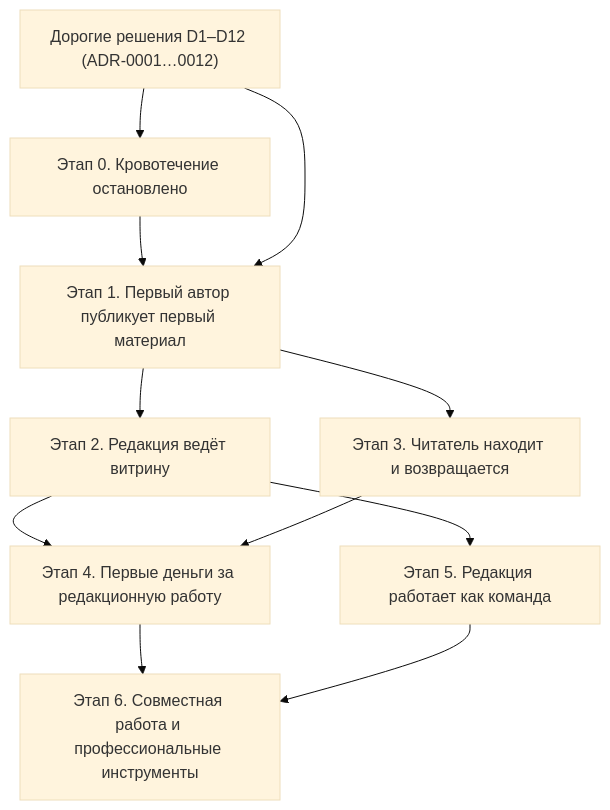
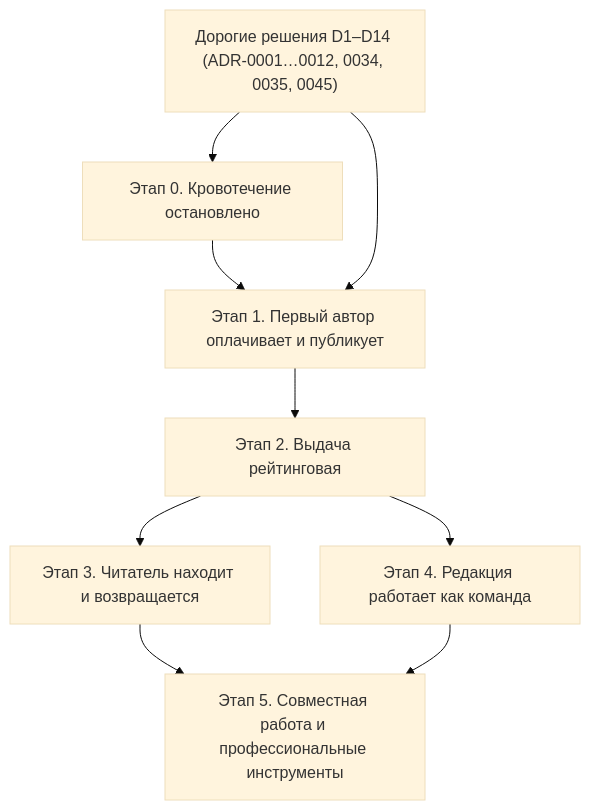
Before and after one commit to Egoka/Altera: the diagram in docs/issues/00-roadmap.md, drawn with Mermaid (base theme). The commit also changed other lines of this file and 18 other files, not shown here.

First line of the commit message:
docs(vision): revision 2 of product, roles, design system, commerce, architecture; roadmap revision 2

````diff
--- a/docs/issues/00-roadmap.md
+++ b/docs/issues/00-roadmap.md
@@ -67,13 +53,11 @@
 ```mermaid
 flowchart TD
-  ADR["Дорогие решения D1–D12 (ADR-0001…0012)"] --> S0["Этап 0. Кровотечение остановлено"]
-  S0 --> S1["Этап 1. Первый автор публикует первый материал"]
+  ADR["Дорогие решения D1–D14 (ADR-0001…0012, 0034, 0035, 0045)"] --> S0["Этап 0. Кровотечение остановлено"]
+  S0 --> S1["Этап 1. Первый автор оплачивает и публикует"]
   ADR --> S1
-  S1 --> S2["Этап 2. Редакция ведёт витрину"]
-  S1 --> S3["Этап 3. Читатель находит и возвращается"]
-  S2 --> S4["Этап 4. Первые деньги за редакционную работу"]
-  S3 --> S4
-  S2 --> S5["Этап 5. Редакция работает как команда"]
-  S4 --> S6["Этап 6. Совместная работа и профессиональные инструменты"]
-  S5 --> S6
+  S1 --> S2["Этап 2. Выдача рейтинговая"]
+  S2 --> S3["Этап 3. Читатель находит и возвращается"]
+  S2 --> S4["Этап 4. Редакция работает как команда"]
+  S3 --> S5["Этап 5. Совместная работа и профессиональные инструменты"]
+  S4 --> S5
 ```
````
